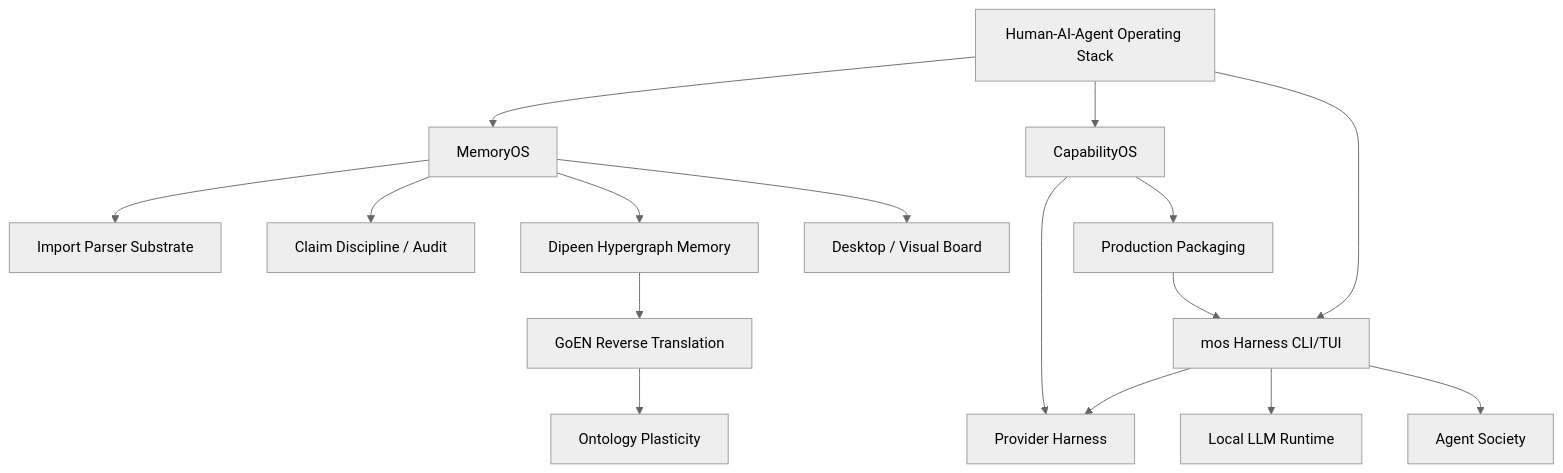
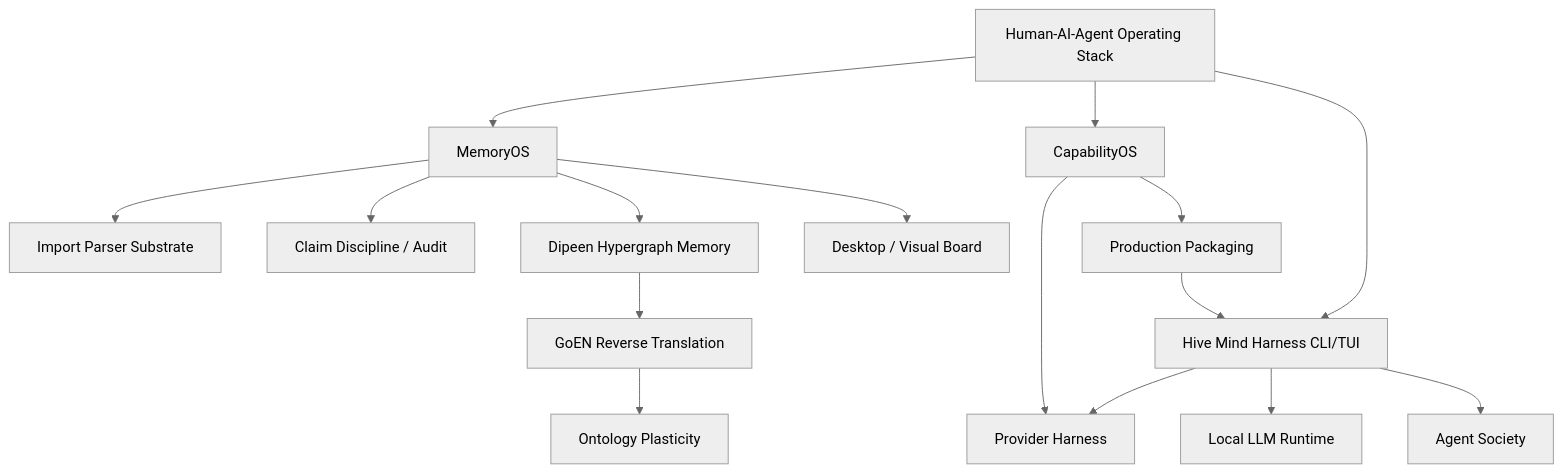
One commit to cjw0076/hivemind changed the diagram in docs/VISION_GRAPH.md. Above: the diagram before and after it, drawn with Mermaid (neutral theme). The commit also changed other lines of this file and 37 other files, not shown here.

Commit message:
Harden Hive Mind production harness

````diff
--- a/docs/VISION_GRAPH.md
+++ b/docs/VISION_GRAPH.md
@@ -7,33 +7,33 @@
 ```mermaid
 graph TD
   V0[Human-AI-Agent Operating Stack]
   V1[MemoryOS]
   V2[CapabilityOS]
-  V3[mos Harness CLI/TUI]
+  V3[Hive Mind Harness CLI/TUI]
   V4[Provider Harness]
   V5[Local LLM Runtime]
   V6[Agent Society]
   V7[Dipeen Hypergraph Memory]
   V8[GoEN Reverse Translation]
   V9[Ontology Plasticity]
   V10[Desktop / Visual Board]
   V11[Import Parser Substrate]
   V12[Claim Discipline / Audit]
   V13[Production Packaging]
 
   V0 --> V1
   V0 --> V2
   V0 --> V3
   V3 --> V4
   V3 --> V5
   V3 --> V6
   V1 --> V11
   V1 --> V12
   V1 --> V7
   V2 --> V4
   V2 --> V13
   V7 --> V8
   V8 --> V9
   V1 --> V10
   V13 --> V3
 ```
````
